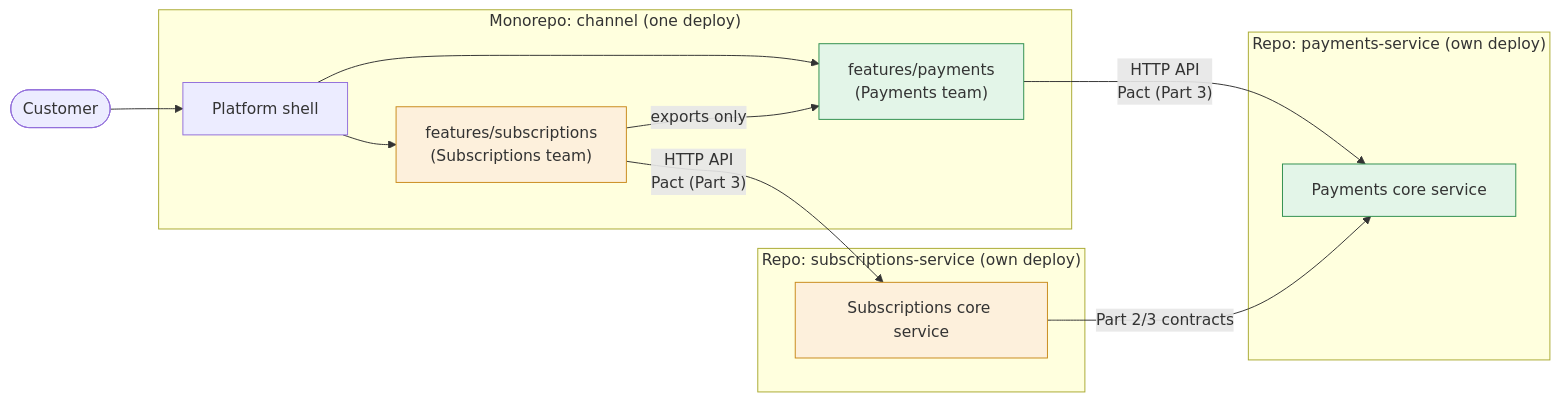
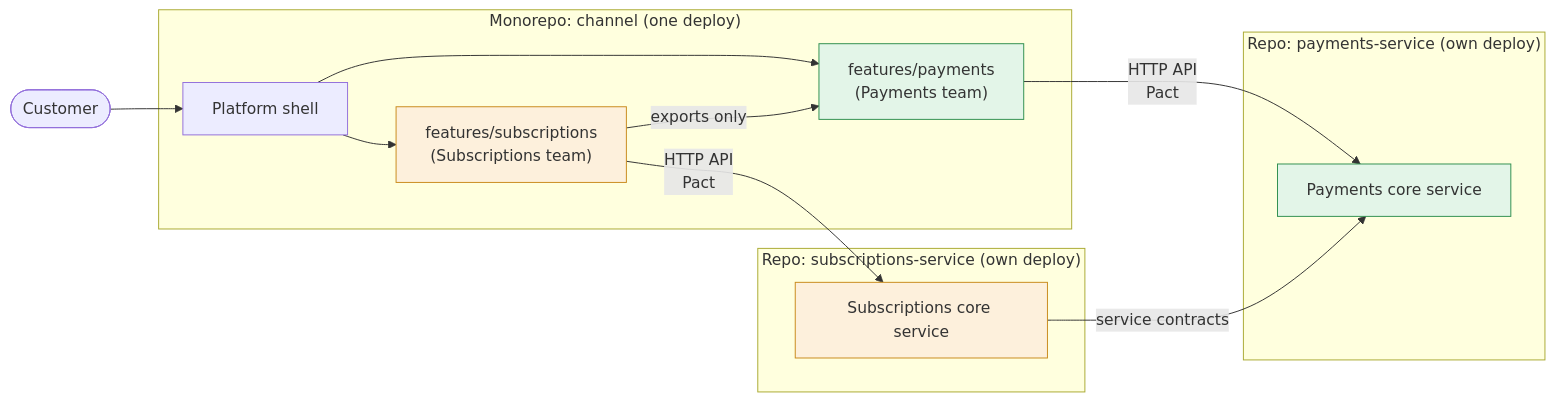
Before and after one commit to all-boundaries/website: the first of 3 diagrams in src/content/docs/patterns/across-teams/monorepo.md, drawn with Mermaid. The commit also changed other lines of this file and 6 other files, not shown here.

````diff
--- a/src/content/docs/patterns/across-teams/monorepo.md
+++ b/src/content/docs/patterns/across-teams/monorepo.md
@@ -27,24 +27,24 @@
 ```mermaid
 flowchart LR
     Cust(["Customer"]) --> Channel
     subgraph Mono["Monorepo: channel (one deploy)"]
         Channel["Platform shell"]
         FS["features/subscriptions<br/>(Subscriptions team)"]
         FP["features/payments<br/>(Payments team)"]
         Channel --> FS & FP
         FS -->|exports only| FP
     end
     subgraph RepoS["Repo: subscriptions-service (own deploy)"]
         SVS["Subscriptions core service"]
     end
     subgraph RepoP["Repo: payments-service (own deploy)"]
         SVP["Payments core service"]
     end
-    FS -->|"HTTP API<br/>Pact (Part 3)"| SVS
-    FP -->|"HTTP API<br/>Pact (Part 3)"| SVP
-    SVS -->|"Part 2/3 contracts"| SVP
+    FS -->|"HTTP API<br/>Pact"| SVS
+    FP -->|"HTTP API<br/>Pact"| SVP
+    SVS -->|"service contracts"| SVP
     classDef t1 fill:#fdf0dc,stroke:#c98a1b
     classDef t2 fill:#e3f5e8,stroke:#2f8f4e
     class FS,SVS t1
     class FP,SVP t2
 ```
````
